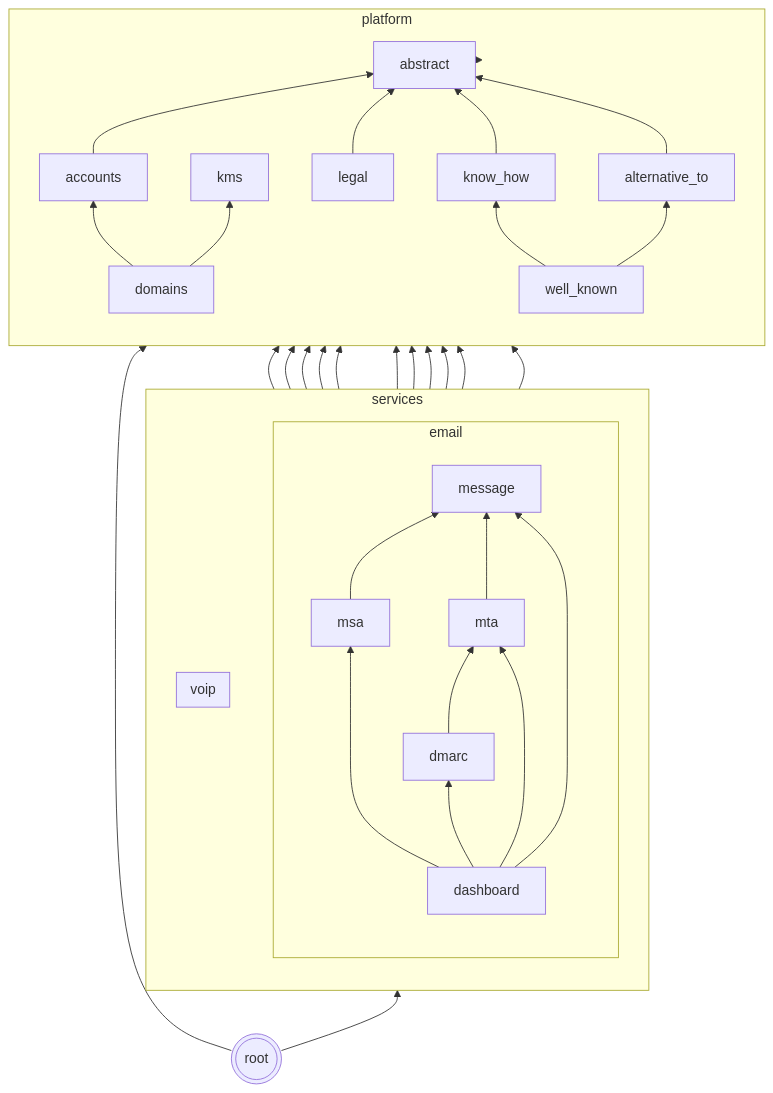
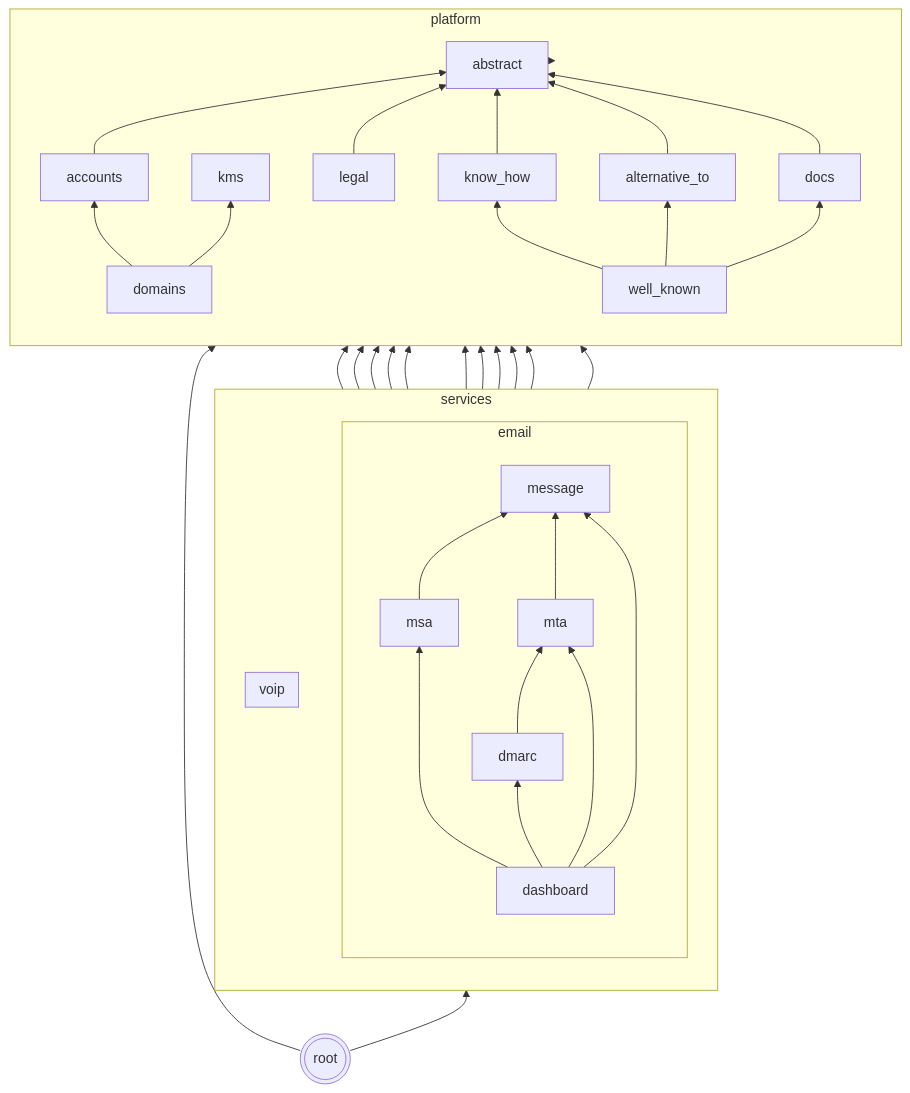
Before and after one commit to codingjoe/relay: the second of 2 diagrams in README.md, drawn with Mermaid. The commit also changed 24 other files, not shown here.

````diff
--- a/README.md
+++ b/README.md
@@ -172,58 +172,61 @@
 ```mermaid
 graph BT
  abstract[abstract];
  kms[kms];
  subgraph platform
  direction BT
  accounts
  domains
  know_how[know_how]
  alternative_to[alternative_to]
+ docs
  legal
  well_known[well_known]
  domains --> accounts
  accounts --> abstract
  domains --> kms
  legal --> abstract
  know_how --> abstract
  alternative_to --> abstract
+ docs --> abstract
  well_known --> know_how
  well_known --> alternative_to
+ well_known --> docs
  end
  subgraph services
  direction BT
  subgraph email
  direction BT
  dashboard[dashboard]
  message[message]
  msa
  mta
  dmarc
  message --> accounts
  message --> domains
  msa --> message
  msa --> accounts
  msa --> domains
  msa --> kms
  mta --> message
  mta --> accounts
  mta --> domains
  mta --> kms
  dmarc --> accounts
  dmarc --> domains
  dmarc --> mta
  dashboard --> message
  dashboard --> msa
  dashboard --> mta
  dashboard --> dmarc
  end
  subgraph voip
  direction BT
  end
  end
  services --> platform;
  platform --> abstract;
  root --> services;
  root --> platform;
  root(((root)))
 ```
````
